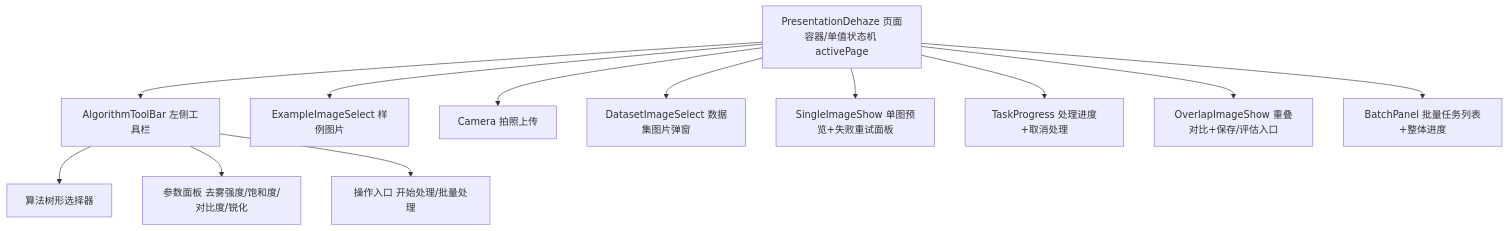
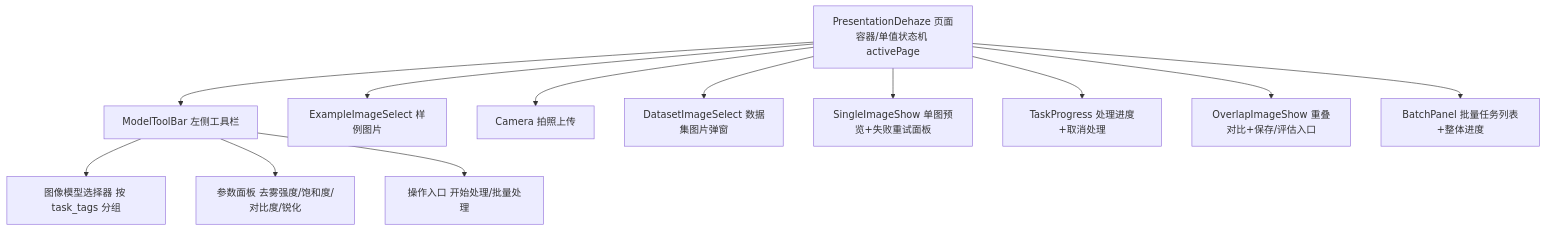
The diagram in dehaze-doc/docs/03-模块设计/核心模块/去雾处理/前端实现.md (earthy-zinc/dehaze-system), drawn with Mermaid before and after one commit. The commit also changed other lines of this file and 239 other files, not shown here.

````diff
--- a/dehaze-doc/docs/03-模块设计/核心模块/去雾处理/前端实现.md
+++ b/dehaze-doc/docs/03-模块设计/核心模块/去雾处理/前端实现.md
@@ -13,15 +13,15 @@
 ```mermaid
 graph TD
     PresentationDehaze[PresentationDehaze 页面容器/单值状态机 activePage]
-    PresentationDehaze --> AlgorithmToolBar[AlgorithmToolBar 左侧工具栏]
-    AlgorithmToolBar --> AlgorithmTreeSelect[算法树形选择器]
-    AlgorithmToolBar --> ParamPanel[参数面板 去雾强度/饱和度/对比度/锐化]
-    AlgorithmToolBar --> ActionEntry[操作入口 开始处理/批量处理]
+    PresentationDehaze --> ModelToolBar[ModelToolBar 左侧工具栏]
+    ModelToolBar --> ModelSelect[图像模型选择器 按 task_tags 分组]
+    ModelToolBar --> ParamPanel[参数面板 去雾强度/饱和度/对比度/锐化]
+    ModelToolBar --> ActionEntry[操作入口 开始处理/批量处理]
     PresentationDehaze --> ExampleImageSelect[ExampleImageSelect 样例图片]
     PresentationDehaze --> Camera[Camera 拍照上传]
     PresentationDehaze --> DatasetImageSelect[DatasetImageSelect 数据集图片弹窗]
     PresentationDehaze --> SingleImageShow[SingleImageShow 单图预览+失败重试面板]
     PresentationDehaze --> TaskProgress[TaskProgress 处理进度+取消处理]
     PresentationDehaze --> OverlapImageShow[OverlapImageShow 重叠对比+保存/评估入口]
     PresentationDehaze --> BatchPanel[BatchPanel 批量任务列表+整体进度]
 ```
````
